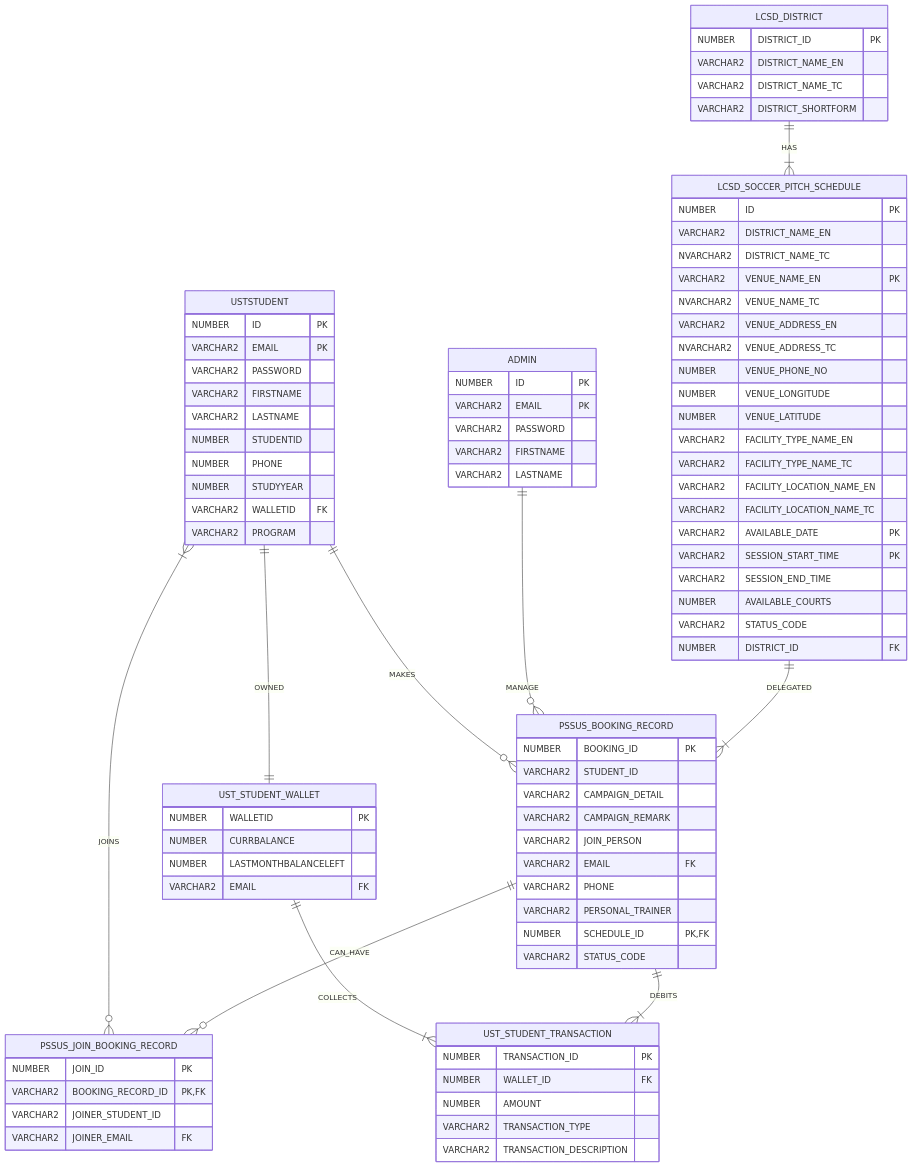
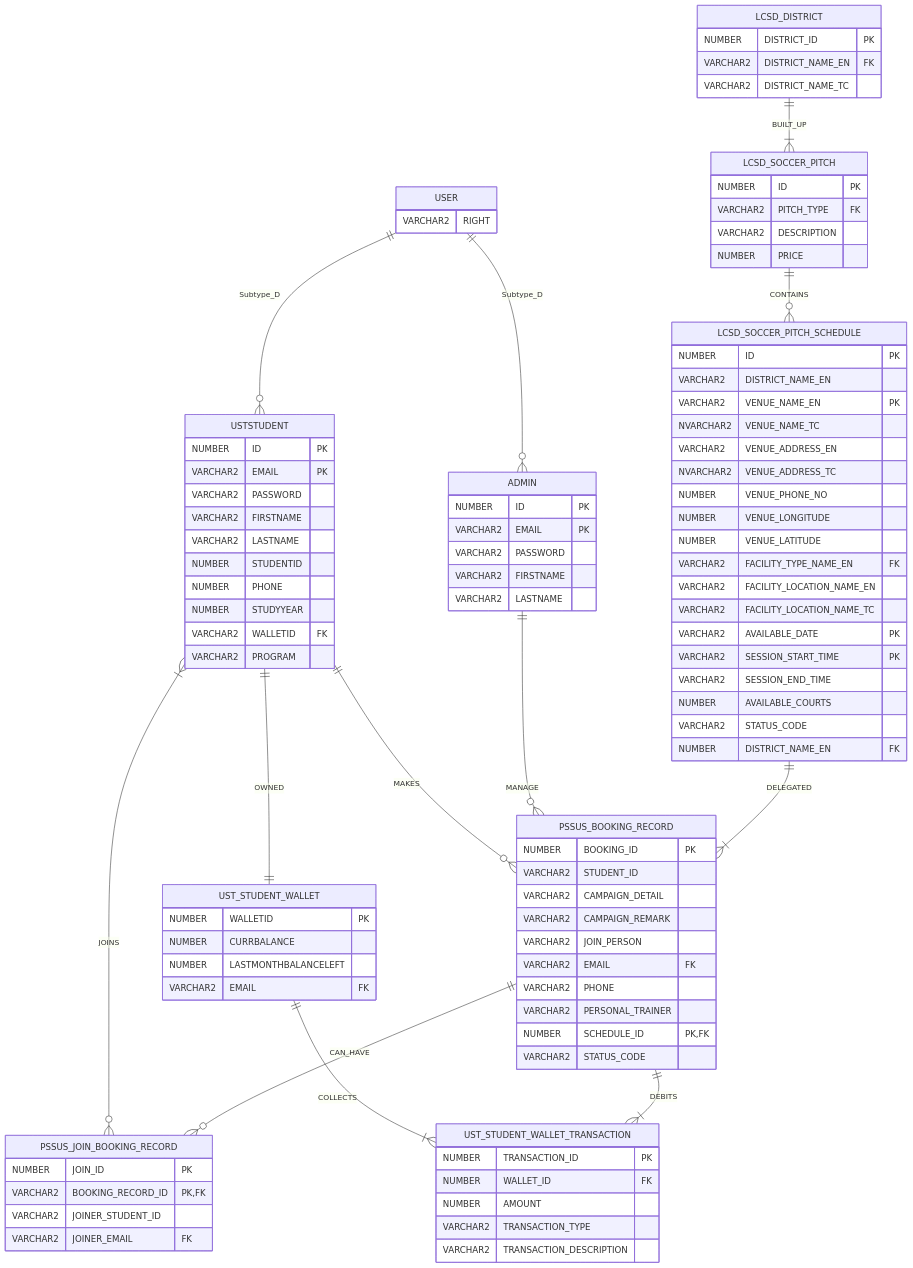
One commit to GordonHKUST/ISOM5260 changed the diagram in src/main/resources/ERD.mermaid. Above: the diagram before and after it, drawn with Mermaid. The commit also changed 22 other files, not shown here.

```diff
--- a/src/main/resources/ERD.mermaid
+++ b/src/main/resources/ERD.mermaid
@@ -1,89 +1,102 @@
 erDiagram
-    UST_STUDENT_WALLET ||--|{ UST_STUDENT_TRANSACTION : COLLECTS
-    LCSD_DISTRICT ||--|{ LCSD_SOCCER_PITCH_SCHEDULE : HAS
+    USER ||--o{ADMIN : Subtype_D
+    USER ||--o{USTSTUDENT: Subtype_D
+    UST_STUDENT_WALLET ||--|{ UST_STUDENT_WALLET_TRANSACTION : COLLECTS
+    LCSD_DISTRICT||--|{ LCSD_SOCCER_PITCH : BUILT_UP
+    LCSD_SOCCER_PITCH||--o{ LCSD_SOCCER_PITCH_SCHEDULE : CONTAINS
     USTSTUDENT |{ -- o{ PSSUS_JOIN_BOOKING_RECORD : JOINS
     USTSTUDENT || -- o{ PSSUS_BOOKING_RECORD : MAKES
     ADMIN ||--o{ PSSUS_BOOKING_RECORD : MANAGE
+    PSSUS_BOOKING_RECORD ||--o{ PSSUS_JOIN_BOOKING_RECORD : CAN_HAVE
     LCSD_SOCCER_PITCH_SCHEDULE ||--|{ PSSUS_BOOKING_RECORD : DELEGATED
     USTSTUDENT ||--|| UST_STUDENT_WALLET : OWNED
-    PSSUS_BOOKING_RECORD ||--o{ PSSUS_JOIN_BOOKING_RECORD : CAN_HAVE
-    PSSUS_BOOKING_RECORD ||--|{ UST_STUDENT_TRANSACTION : DEBITS
+    PSSUS_BOOKING_RECORD ||--|{ UST_STUDENT_WALLET_TRANSACTION : DEBITS
 
-    UST_STUDENT_TRANSACTION {
+
+    UST_STUDENT_WALLET_TRANSACTION {
         NUMBER TRANSACTION_ID PK
         NUMBER WALLET_ID FK
         NUMBER AMOUNT
         VARCHAR2 TRANSACTION_TYPE
         VARCHAR2 TRANSACTION_DESCRIPTION
     }
     LCSD_DISTRICT {
         NUMBER DISTRICT_ID PK
-        VARCHAR2 DISTRICT_NAME_EN
+        VARCHAR2 DISTRICT_NAME_EN FK
         VARCHAR2 DISTRICT_NAME_TC
-        VARCHAR2 DISTRICT_SHORTFORM
+    }
+
+    LCSD_SOCCER_PITCH {
+        NUMBER ID PK
+        VARCHAR2 PITCH_TYPE FK
+        VARCHAR2 DESCRIPTION
+        NUMBER PRICE
     }
     LCSD_SOCCER_PITCH_SCHEDULE {
         NUMBER ID PK
         VARCHAR2 DISTRICT_NAME_EN
-        NVARCHAR2 DISTRICT_NAME_TC
         VARCHAR2 VENUE_NAME_EN PK
         NVARCHAR2 VENUE_NAME_TC
         VARCHAR2 VENUE_ADDRESS_EN
         NVARCHAR2 VENUE_ADDRESS_TC
         NUMBER VENUE_PHONE_NO
         NUMBER VENUE_LONGITUDE
         NUMBER VENUE_LATITUDE
-        VARCHAR2 FACILITY_TYPE_NAME_EN
-        VARCHAR2 FACILITY_TYPE_NAME_TC
+        VARCHAR2 FACILITY_TYPE_NAME_EN FK
         VARCHAR2 FACILITY_LOCATION_NAME_EN
         VARCHAR2 FACILITY_LOCATION_NAME_TC
         VARCHAR2 AVAILABLE_DATE PK
         VARCHAR2 SESSION_START_TIME PK
         VARCHAR2 SESSION_END_TIME
         NUMBER AVAILABLE_COURTS
         VARCHAR2 STATUS_CODE
-        NUMBER DISTRICT_ID FK
+        NUMBER DISTRICT_NAME_EN FK
     }
     PSSUS_BOOKING_RECORD {
         NUMBER BOOKING_ID PK
         VARCHAR2 STUDENT_ID
         VARCHAR2 CAMPAIGN_DETAIL
         VARCHAR2 CAMPAIGN_REMARK
         VARCHAR2 JOIN_PERSON
         VARCHAR2 EMAIL FK
         VARCHAR2 PHONE
         VARCHAR2 PERSONAL_TRAINER
         NUMBER SCHEDULE_ID PK,FK
         VARCHAR2 STATUS_CODE
     }
     PSSUS_JOIN_BOOKING_RECORD {
         NUMBER JOIN_ID PK
         VARCHAR2 BOOKING_RECORD_ID PK,FK
         VARCHAR2 JOINER_STUDENT_ID
         VARCHAR2 JOINER_EMAIL FK
     }
     UST_STUDENT_WALLET {
         NUMBER WALLETID PK
         NUMBER CURRBALANCE
         NUMBER LASTMONTHBALANCELEFT
         VARCHAR2 EMAIL FK
     }
+
+    USER {
+        VARCHAR2 RIGHT
+    }
+
     USTSTUDENT {
         NUMBER ID PK
         VARCHAR2 EMAIL PK
-        VARCHAR2 PASSWORD 
-        VARCHAR2 FIRSTNAME 
-        VARCHAR2 LASTNAME 
+        VARCHAR2 PASSWORD
+        VARCHAR2 FIRSTNAME
+        VARCHAR2 LASTNAME
         NUMBER STUDENTID
         NUMBER PHONE
         NUMBER STUDYYEAR
         VARCHAR2 WALLETID FK
         VARCHAR2 PROGRAM
     }
     ADMIN {
         NUMBER ID PK
         VARCHAR2 EMAIL PK
-        VARCHAR2 PASSWORD 
-        VARCHAR2 FIRSTNAME 
-        VARCHAR2 LASTNAME 
+        VARCHAR2 PASSWORD
+        VARCHAR2 FIRSTNAME
+        VARCHAR2 LASTNAME
     }
```
